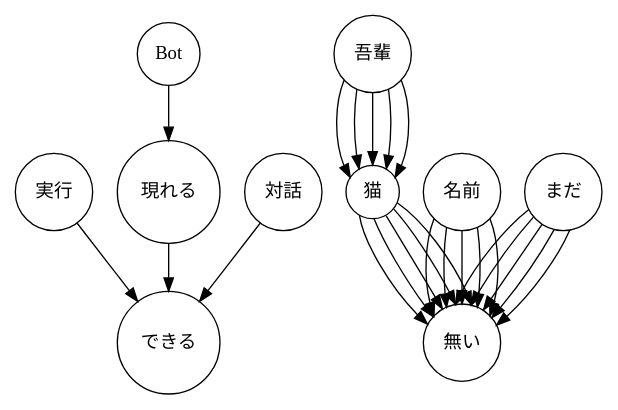
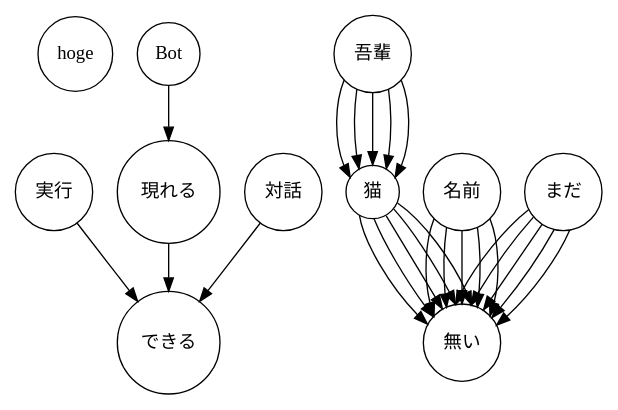
Before and after one commit to d0iasm/graph-docs: the diagram in dest/old.dot, drawn with Graphviz. The commit also changed 5 other files, not shown here.

```diff
--- a/dest/old.dot
+++ b/dest/old.dot
@@ -12,8 +12,8 @@
 			width=""
 		];
 		edge [pos=""];
-		subgraph root {
-			graph [bb="0,0,440.25,283.39"];
+		{
+			graph [bb="0,0,440,284"];
 			node [height="",
 				label="\N",
 				pos="",
@@ -21,42 +21,22 @@
 				width=""
 			];
 			edge [pos=""];
-			{
-				graph [bb="0,0,440.25,283.39"];
-				node [height="",
-					label="\N",
-					pos="",
-					shape=circle,
-					width=""
-				];
-				edge [pos=""];
-				実行				 [height=0.80556,
-					label=実行,
-					pos="29,151.5",
-					width=0.80556];
-				できる				 [height=1.0694,
-					label=できる,
-					pos="115,38.5",
-					width=1.0694];
-				実行 -> できる				 [pos="e,91.752,69.506 46.403,128.04 57.623,113.56 72.498,94.357 85.528,77.54"];
-				Bot				 [height=0.65278,
-					label=Bot,
-					pos="115,255",
-					width=0.65278];
-				現れる				 [height=1.0694,
-					label=現れる,
-					pos="115,151.5",
-					width=1.0694];
-				Bot -> 現れる				 [pos="e,115,190.11 115,231.47 115,222.27 115,211.25 115,200.4"];
-				現れる -> できる				 [pos="e,115,77.041 115,112.92 115,104.69 115,95.877 115,87.31"];
-				対話				 [height=0.80556,
-					label=対話,
-					pos="201,151.5",
-					width=0.80556];
-				対話 -> できる				 [pos="e,138.25,69.506 183.6,128.04 172.38,113.56 157.5,94.357 144.47,77.54"];
-			}
+			hoge			 [height=0.77778,
+				label=hoge,
+				pos="45,255",
+				width=0.77778];
+		}
+		subgraph root {
+			graph [bb="0,0,440,284"];
+			node [height="",
+				label="\N",
+				pos="",
+				shape=circle,
+				width=""
+			];
+			edge [pos=""];
 			subgraph root {
-				graph [bb="0,0,201,246"];
+				graph [bb="0,0,440,284"];
 				node [height="",
 					label="\N",
 					pos="",
@@ -65,7 +45,7 @@
 				];
 				edge [pos=""];
 				subgraph root {
-					graph [bb="0,0,201,246"];
+					graph [bb="0,0,440.25,283.39"];
 					node [height="",
 						label="\N",
 						pos="",
@@ -74,7 +54,7 @@
 					];
 					edge [pos=""];
 					{
-						graph [bb="0,0,201,246"];
+						graph [bb="0,0,440.25,283.39"];
 						node [height="",
 							label="\N",
 							pos="",
@@ -82,30 +62,30 @@
 							width=""
 						];
 						edge [pos=""];
-						吾輩						 [height=0.80556,
-							label=吾輩,
-							pos="268,255",
+						実行						 [height=0.80556,
+							label=実行,
+							pos="29,151.5",
 							width=0.80556];
-						猫						 [height=0.55556,
-							label=猫,
-							pos="268,151.5",
-							width=0.55556];
-						吾輩 -> 猫						 [pos="e,251.18,162.38 246.54,235.38 239.2,217.23 239.15,189.75 246.4,171.47"];
-						無い						 [height=0.80556,
-							label=無い,
-							pos="335,38.5",
+						できる						 [height=1.0694,
+							label=できる,
+							pos="115,38.5",
+							width=1.0694];
+						実行 -> できる						 [pos="e,91.752,69.506 46.403,128.04 57.623,113.56 72.498,94.357 85.528,77.54"];
+						Bot						 [height=0.65278,
+							label=Bot,
+							pos="115,255",
+							width=0.65278];
+						現れる						 [height=1.0694,
+							label=現れる,
+							pos="115,151.5",
+							width=1.0694];
+						Bot -> 現れる						 [pos="e,115,190.11 115,231.47 115,222.27 115,211.25 115,200.4"];
+						現れる -> できる						 [pos="e,115,77.041 115,112.92 115,104.69 115,95.877 115,87.31"];
+						対話						 [height=0.80556,
+							label=対話,
+							pos="201,151.5",
 							width=0.80556];
-						猫 -> 無い						 [pos="e,309.05,52.478 258.06,134.12 261,114.27 280.69,80.831 301.62,59.482"];
-						名前						 [height=0.80556,
-							label=名前,
-							pos="335,151.5",
-							width=0.80556];
-						名前 -> 無い						 [pos="e,313.98,58.704 314.03,131.42 307.2,114.11 306.17,88.326 310.95,68.471"];
-						まだ						 [height=0.80556,
-							label=まだ,
-							pos="411,151.5",
-							width=0.80556];
-						まだ -> 無い						 [pos="e,330.24,67.205 385.12,138.41 366.32,123.63 346.06,97.924 334.67,76.424"];
+						対話 -> できる						 [pos="e,138.25,69.506 183.6,128.04 172.38,113.56 157.5,94.357 144.47,77.54"];
 					}
 					subgraph root {
 						graph [bb="0,0,201,246"];
@@ -116,25 +96,6 @@
 							width=""
 						];
 						edge [pos=""];
-						{
-							graph [bb="0,0,201,246"];
-							node [height="",
-								label="\N",
-								pos="",
-								shape=circle,
-								width=""
-							];
-							edge [pos=""];
-							吾輩;
-							猫;
-							吾輩 -> 猫							 [pos="e,257.75,168.89 256.1,228.39 254,213.21 253.97,194.03 256.01,178.75"];
-							無い;
-							猫 -> 無い							 [pos="e,313.5,57.964 269.03,131.42 276.35,113.41 292.33,86.248 307.21,66.115"];
-							名前;
-							名前 -> 無い							 [pos="e,323.42,65.105 323.4,124.76 321.32,110.05 320.95,91.376 322.29,75.26"];
-							まだ;
-							まだ -> 無い							 [pos="e,341.9,66.834 388.56,132.67 374.82,117.32 358.5,94.71 346.98,75.604"];
-						}
 						subgraph root {
 							graph [bb="0,0,201,246"];
 							node [height="",
@@ -153,15 +114,30 @@
 									width=""
 								];
 								edge [pos=""];
-								吾輩;
-								猫;
-								吾輩 -> 猫								 [pos="e,268,171.74 268,226 268,212.25 268,195.69 268,181.78"];
-								無い;
-								猫 -> 無い								 [pos="e,320.25,63.943 278.18,133.64 287.93,117.48 302.93,92.626 315.07,72.516"];
-								名前;
-								名前 -> 無い								 [pos="e,335,67.501 335,122.49 335,108.95 335,92.489 335,77.809"];
-								まだ;
-								まだ -> 無い								 [pos="e,351.17,63.121 395.07,127.23 384,111.06 369.1,89.302 356.91,71.5"];
+								吾輩								 [height=0.80556,
+									label=吾輩,
+									pos="268,255",
+									width=0.80556];
+								猫								 [height=0.55556,
+									label=猫,
+									pos="268,151.5",
+									width=0.55556];
+								吾輩 -> 猫								 [pos="e,251.18,162.38 246.54,235.38 239.2,217.23 239.15,189.75 246.4,171.47"];
+								無い								 [height=0.80556,
+									label=無い,
+									pos="335,38.5",
+									width=0.80556];
+								猫 -> 無い								 [pos="e,309.05,52.478 258.06,134.12 261,114.27 280.69,80.831 301.62,59.482"];
+								名前								 [height=0.80556,
+									label=名前,
+									pos="335,151.5",
+									width=0.80556];
+								名前 -> 無い								 [pos="e,313.98,58.704 314.03,131.42 307.2,114.11 306.17,88.326 310.95,68.471"];
+								まだ								 [height=0.80556,
+									label=まだ,
+									pos="411,151.5",
+									width=0.80556];
+								まだ -> 無い								 [pos="e,330.24,67.205 385.12,138.41 366.32,123.63 346.06,97.924 334.67,76.424"];
 							}
 							subgraph root {
 								graph [bb="0,0,201,246"];
@@ -183,16 +159,16 @@
 									edge [pos=""];
 									吾輩;
 									猫;
-									吾輩 -> 猫									 [pos="e,278.25,168.89 279.9,228.39 282,213.21 282.03,194.03 279.99,178.75"];
+									吾輩 -> 猫									 [pos="e,257.75,168.89 256.1,228.39 254,213.21 253.97,194.03 256.01,178.75"];
 									無い;
-									猫 -> 無い									 [pos="e,330.09,67.322 283.91,138.62 297.23,123.84 314.23,97.915 325.59,76.284"];
+									猫 -> 無い									 [pos="e,313.5,57.964 269.03,131.42 276.35,113.41 292.33,86.248 307.21,66.115"];
 									名前;
-									名前 -> 無い									 [pos="e,346.58,65.105 346.6,124.76 348.68,110.05 349.05,91.376 347.71,75.26"];
+									名前 -> 無い									 [pos="e,323.42,65.105 323.4,124.76 321.32,110.05 320.95,91.376 322.29,75.26"];
 									まだ;
-									まだ -> 無い									 [pos="e,357.39,57.273 404.04,123.06 394.25,105.41 378.57,82.611 364.27,65.289"];
+									まだ -> 無い									 [pos="e,341.9,66.834 388.56,132.67 374.82,117.32 358.5,94.71 346.98,75.604"];
 								}
 								subgraph root {
-									graph [bb="0,0,201.49,247.48"];
+									graph [bb="0,0,201,246"];
 									node [height="",
 										label="\N",
 										pos="",
@@ -201,7 +177,7 @@
 									];
 									edge [pos=""];
 									{
-										graph [bb="0,0,201.49,247.48"];
+										graph [bb="0,0,201,246"];
 										node [height="",
 											label="\N",
 											pos="",
@@ -211,13 +187,71 @@
 										edge [pos=""];
 										吾輩;
 										猫;
-										吾輩 -> 猫										 [pos="e,284.82,162.38 289.46,235.38 296.8,217.23 296.85,189.75 289.6,171.47"];
+										吾輩 -> 猫										 [pos="e,268,171.74 268,226 268,212.25 268,195.69 268,181.78"];
 										無い;
-										猫 -> 無い										 [pos="e,342.16,66.76 286.63,143.22 306.05,129.82 327.57,100.44 338.35,76.357"];
+										猫 -> 無い										 [pos="e,320.25,63.943 278.18,133.64 287.93,117.48 302.93,92.626 315.07,72.516"];
 										名前;
-										名前 -> 無い										 [pos="e,356.02,58.704 355.97,131.42 362.8,114.11 363.83,88.326 359.05,68.471"];
+										名前 -> 無い										 [pos="e,335,67.501 335,122.49 335,108.95 335,92.489 335,77.809"];
 										まだ;
-										まだ -> 無い										 [pos="e,360.92,51.615 415.75,122.78 407.11,102.6 387.79,75.812 368.55,58.136"];
+										まだ -> 無い										 [pos="e,351.17,63.121 395.07,127.23 384,111.06 369.1,89.302 356.91,71.5"];
+									}
+									subgraph root {
+										graph [bb="0,0,201,246"];
+										node [height="",
+											label="\N",
+											pos="",
+											shape=circle,
+											width=""
+										];
+										edge [pos=""];
+										{
+											graph [bb="0,0,201,246"];
+											node [height="",
+												label="\N",
+												pos="",
+												shape=circle,
+												width=""
+											];
+											edge [pos=""];
+											吾輩;
+											猫;
+											吾輩 -> 猫											 [pos="e,278.25,168.89 279.9,228.39 282,213.21 282.03,194.03 279.99,178.75"];
+											無い;
+											猫 -> 無い											 [pos="e,330.09,67.322 283.91,138.62 297.23,123.84 314.23,97.915 325.59,76.284"];
+											名前;
+											名前 -> 無い											 [pos="e,346.58,65.105 346.6,124.76 348.68,110.05 349.05,91.376 347.71,75.26"];
+											まだ;
+											まだ -> 無い											 [pos="e,357.39,57.273 404.04,123.06 394.25,105.41 378.57,82.611 364.27,65.289"];
+										}
+										subgraph root {
+											graph [bb="0,0,201.49,247.48"];
+											node [height="",
+												label="\N",
+												pos="",
+												shape=circle,
+												width=""
+											];
+											edge [pos=""];
+											{
+												graph [bb="0,0,201.49,247.48"];
+												node [height="",
+													label="\N",
+													pos="",
+													shape=circle,
+													width=""
+												];
+												edge [pos=""];
+												吾輩;
+												猫;
+												吾輩 -> 猫												 [pos="e,284.82,162.38 289.46,235.38 296.8,217.23 296.85,189.75 289.6,171.47"];
+												無い;
+												猫 -> 無い												 [pos="e,342.16,66.76 286.63,143.22 306.05,129.82 327.57,100.44 338.35,76.357"];
+												名前;
+												名前 -> 無い												 [pos="e,356.02,58.704 355.97,131.42 362.8,114.11 363.83,88.326 359.05,68.471"];
+												まだ;
+												まだ -> 無い												 [pos="e,360.92,51.615 415.75,122.78 407.11,102.6 387.79,75.812 368.55,58.136"];
+											}
+										}
 									}
 								}
 							}
```
